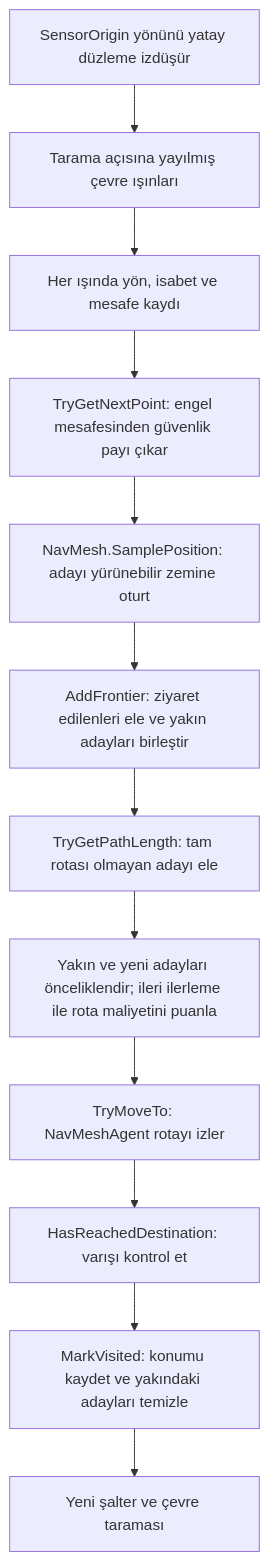
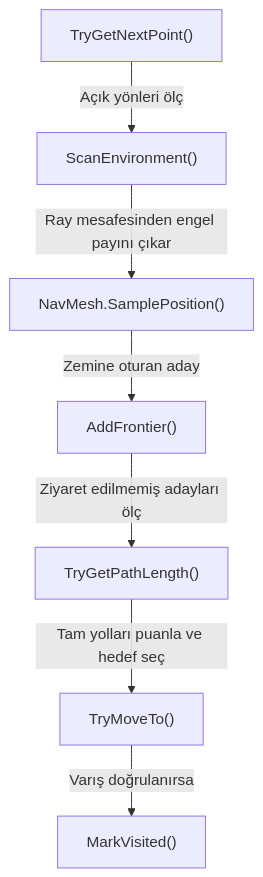
Before and after one commit to omerkocman/YazLab-1: the seventh of 9 diagrams in README.md, drawn with Mermaid. The commit also changed other lines of this file and 13 other files, not shown here.

Commit message:
Clarify robot diagrams and local model test results

````diff
--- a/README.md
+++ b/README.md
@@ -144,14 +190,9 @@
 ```mermaid
 flowchart TD
-    A["SensorOrigin yönünü yatay düzleme izdüşür"] --> B["Tarama açısına yayılmış çevre ışınları"]
-    B --> C["Her ışında yön, isabet ve mesafe kaydı"]
-    C --> D["TryGetNextPoint: engel mesafesinden güvenlik payı çıkar"]
-    D --> E["NavMesh.SamplePosition: adayı yürünebilir zemine oturt"]
-    E --> F["AddFrontier: ziyaret edilenleri ele ve yakın adayları birleştir"]
-    F --> G["TryGetPathLength: tam rotası olmayan adayı ele"]
-    G --> H["Yakın ve yeni adayları önceliklendir; ileri ilerleme ile rota maliyetini puanla"]
-    H --> I["TryMoveTo: NavMeshAgent rotayı izler"]
-    I --> J["HasReachedDestination: varışı kontrol et"]
-    J --> K["MarkVisited: konumu kaydet ve yakındaki adayları temizle"]
-    K --> L["Yeni şalter ve çevre taraması"]
+    A["TryGetNextPoint()"] -->|"Açık yönleri ölç"| B["ScanEnvironment()"]
+    B -->|"Ray mesafesinden engel payını çıkar"| D["NavMesh.SamplePosition()"]
+    D -->|"Zemine oturan aday"| E["AddFrontier()"]
+    E -->|"Ziyaret edilmemiş adayları ölç"| F["TryGetPathLength()"]
+    F -->|"Tam yolları puanla ve hedef seç"| G["TryMoveTo()"]
+    G -->|"Varış doğrulanırsa"| H["MarkVisited()"]
 ```
````
